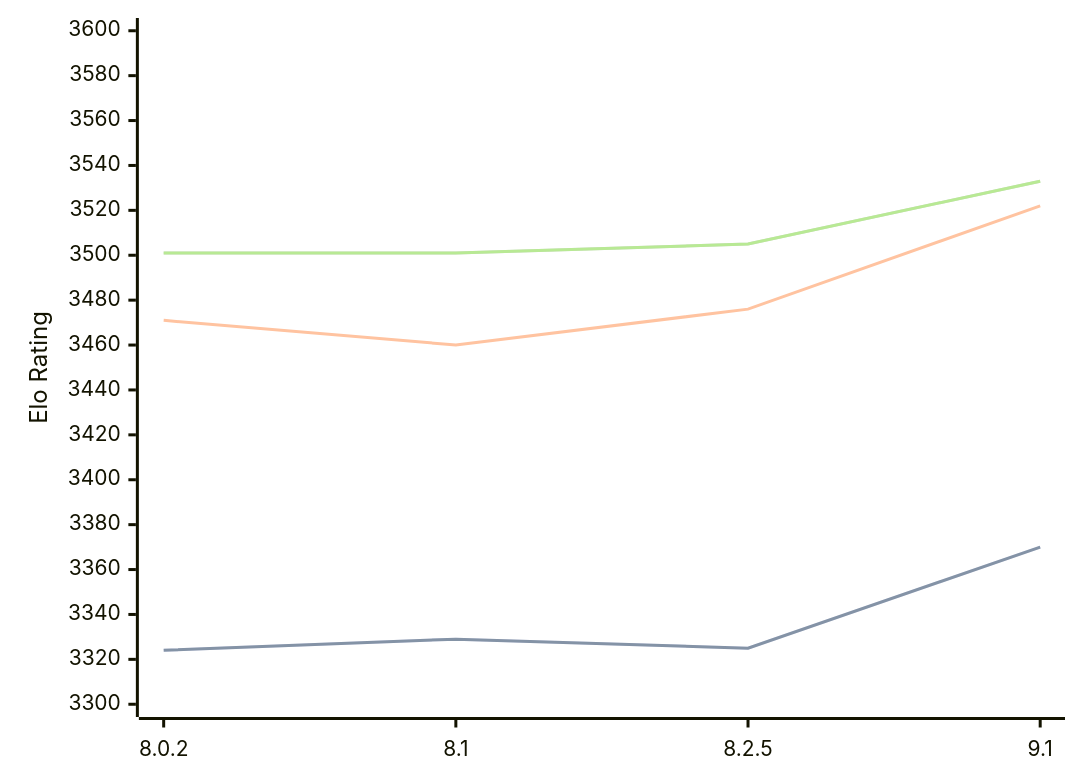
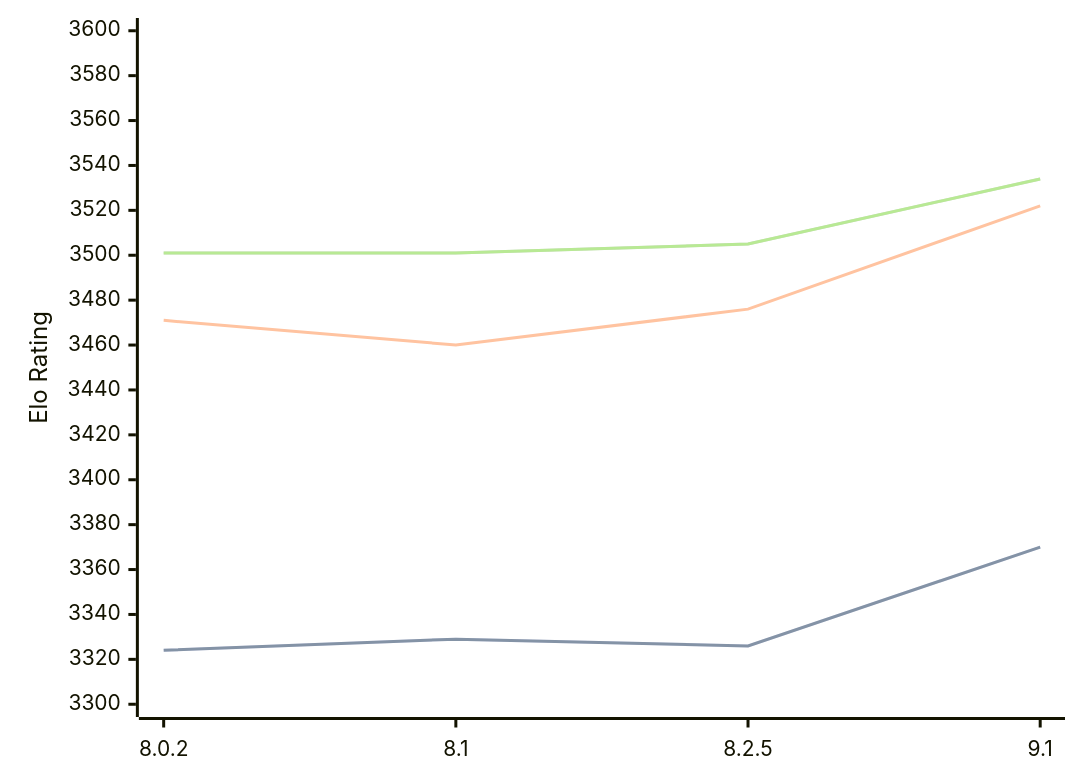
Before and after one commit to computer-chess-index/cci: the diagram in engines/Clover.md, drawn with Mermaid. The commit also changed other lines of this file, not shown here.

Commit message:
Update CCI Ratings (ELO VLTC) - 2026-07-22

````diff
--- a/engines/Clover.md
+++ b/engines/Clover.md
@@ -64,11 +64,11 @@
 ```mermaid
 %%{init: {"theme":"base","themeVariables":{"seriesColors:['#a3a3a3','#222221','#faa371']}}}%%
 xychart-beta
   x-axis ["8.0.2", "8.1", "8.2.5", "9.1"]
   y-axis "Elo Rating" 3300 --> 3600
-  line "STC (8.0+0.08s)" [3324, 3329, 3325, 3370]
-  line "STC (8.0+0.08s)" [3324, 3329, 3325, 3370]
+  line "STC (8.0+0.08s)" [3324, 3329, 3326, 3370]
+  line "STC (8.0+0.08s)" [3324, 3329, 3326, 3370]
   line "LTC (60.0+0.60s)" [3471, 3460, 3476, 3522]
-  line "VLTC (2m24s+1.12s)" [3501, 3501, 3505, 3533]
-  line "VLTC (2m24s+1.12s)" [3501, 3501, 3505, 3533]
+  line "VLTC (2m24s+1.12s)" [3501, 3501, 3505, 3534]
+  line "VLTC (2m24s+1.12s)" [3501, 3501, 3505, 3534]
 ```
````
